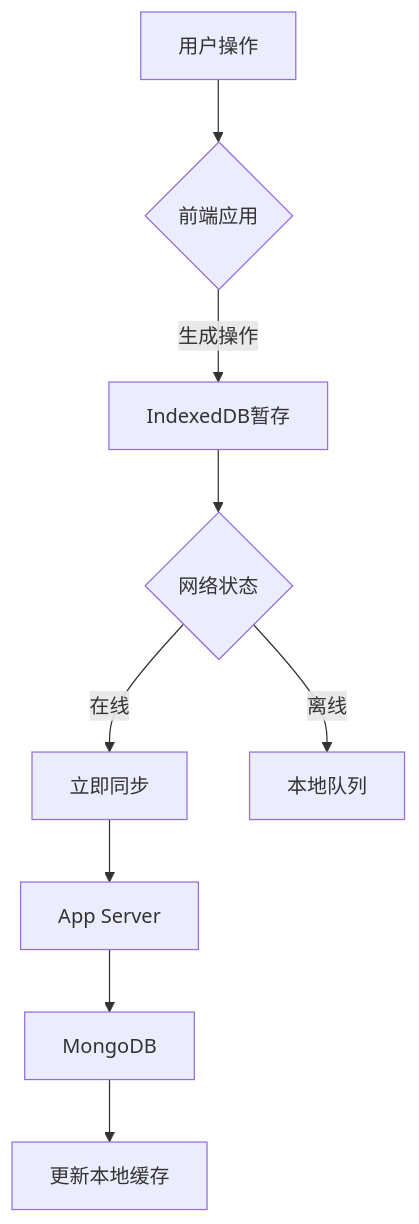
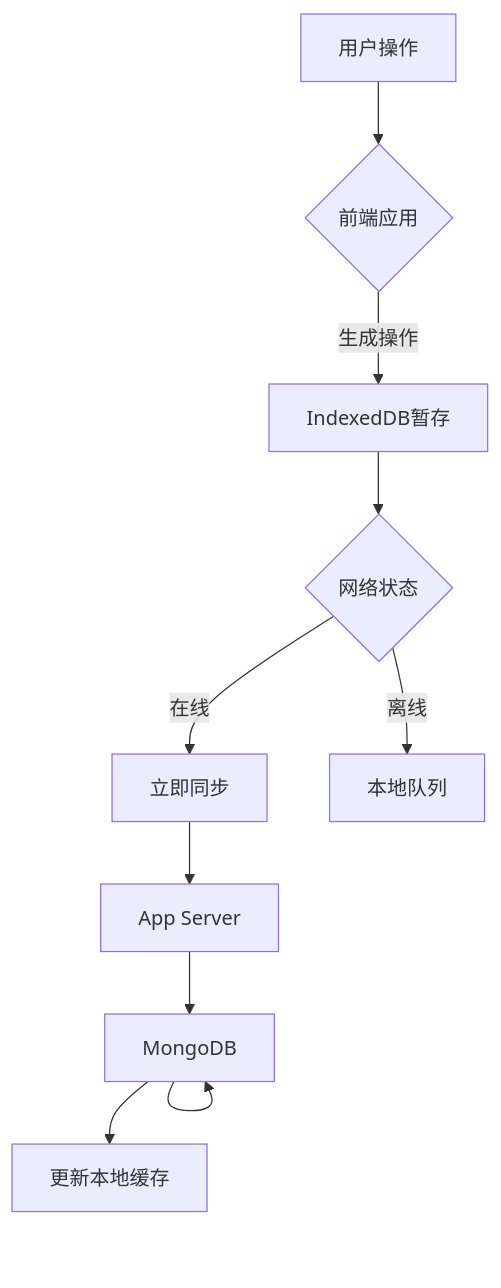
One commit to yingjianzh/iodraw-files changed the diagram in all/未命名-21.md. Above: the diagram before and after it, drawn with Mermaid.

Commit message:
2025-02-17 14:46:16 update

````diff
--- a/all/未命名-21.md
+++ b/all/未命名-21.md
@@ -1,11 +1,12 @@
 ```mermaid
 graph TD
     A[用户操作] --> B{前端应用}
     B -->|生成操作| C[IndexedDB暂存]
     C --> D{网络状态}
     D -->|在线| E[立即同步]
     D -->|离线| F[本地队列]
     E --> G[App Server]
     G --> H[MongoDB]
+    H -->
     H --> K[更新本地缓存]
 ```
````
